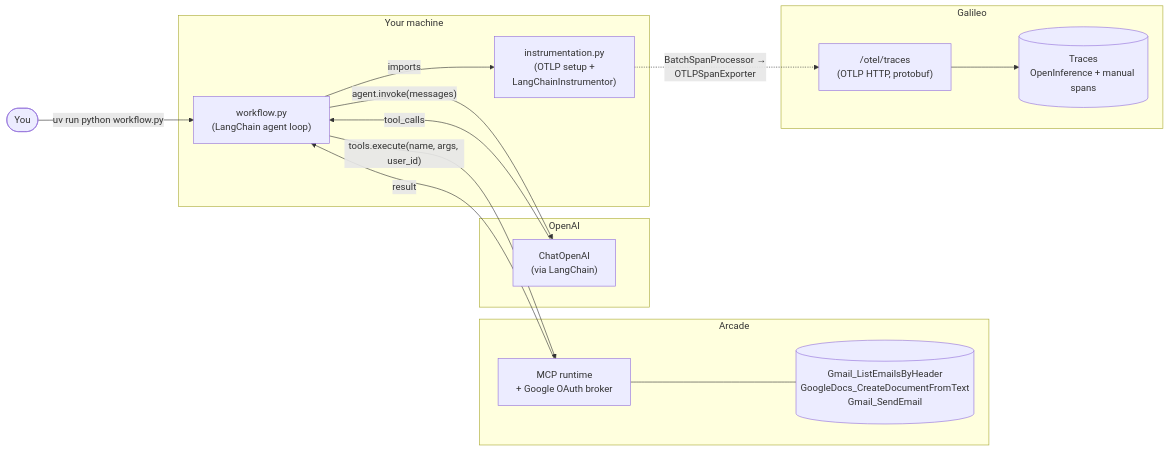
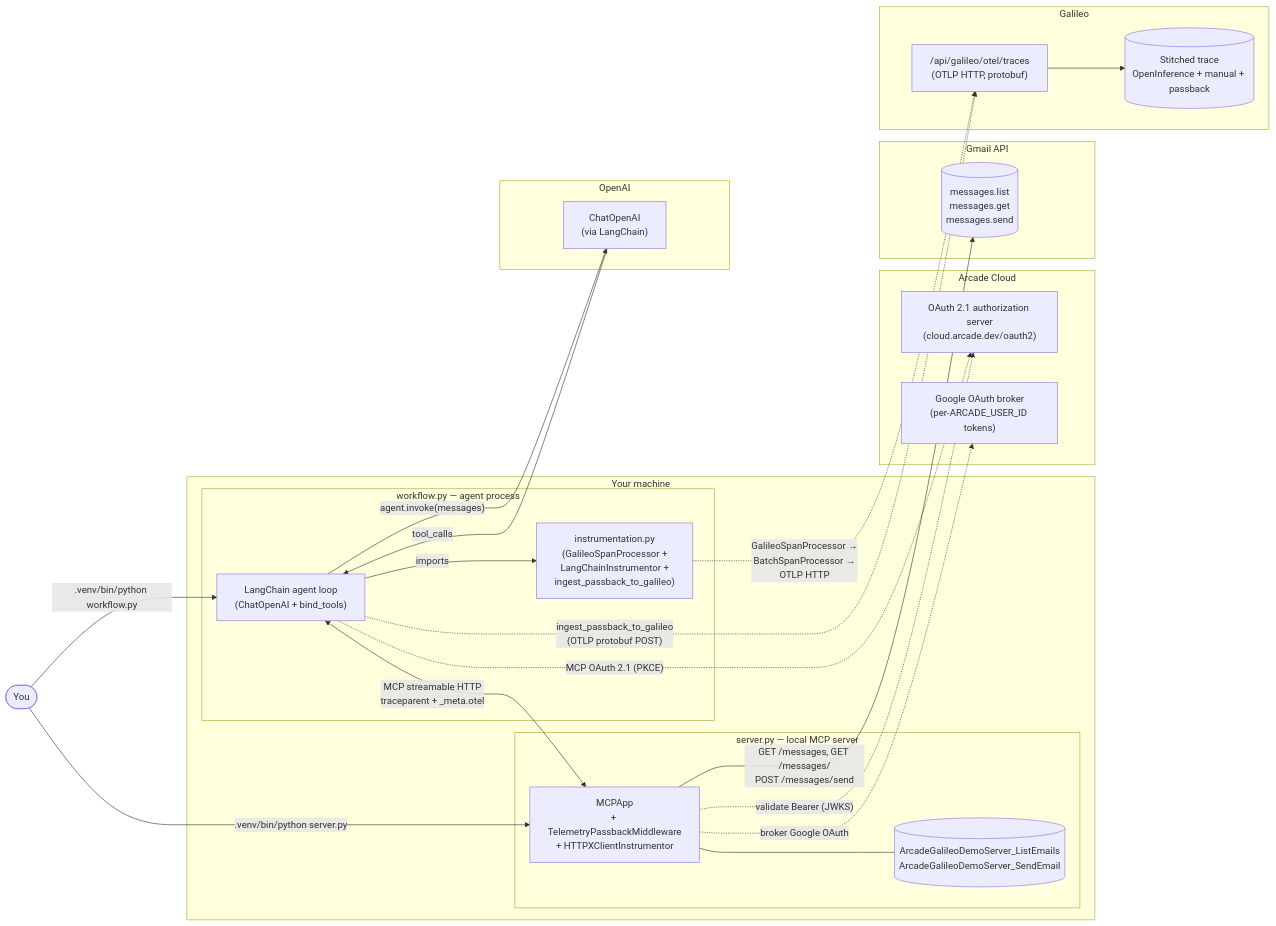
The diagram in docs/architecture.md (robinliubin/arcade_galileo_demo), drawn with Mermaid before and after one commit. The commit also changed other lines of this file and 12 other files, not shown here.

````diff
--- a/docs/architecture.md
+++ b/docs/architecture.md
@@ -9,33 +9,51 @@
 ```mermaid
 flowchart LR
     user([You])
 
     subgraph local [Your machine]
-        wf["workflow.py<br/>(LangChain agent loop)"]
-        ins["instrumentation.py<br/>(OTLP setup +<br/>LangChainInstrumentor)"]
-        wf -- imports --> ins
+        subgraph procA [workflow.py — agent process]
+            wf["LangChain agent loop<br/>(ChatOpenAI + bind_tools)"]
+            ins["instrumentation.py<br/>(GalileoSpanProcessor +<br/>LangChainInstrumentor +<br/>ingest_passback_to_galileo)"]
+            wf -- imports --> ins
+        end
+        subgraph procB [server.py — local MCP server]
+            srv["MCPApp<br/>+ TelemetryPassbackMiddleware<br/>+ HTTPXClientInstrumentor"]
+            tools[("ArcadeGalileoDemoServer_ListEmails<br/>ArcadeGalileoDemoServer_SendEmail")]
+            srv --- tools
+        end
     end
 
     subgraph llm [OpenAI]
         chat["ChatOpenAI<br/>(via LangChain)"]
     end
 
-    subgraph arcade [Arcade]
-        broker["MCP runtime<br/>+ Google OAuth broker"]
-        tools[("Gmail_ListEmailsByHeader<br/>GoogleDocs_CreateDocumentFromText<br/>Gmail_SendEmail")]
-        broker --- tools
+    subgraph arcade [Arcade Cloud]
+        oauth["OAuth 2.1 authorization server<br/>(cloud.arcade.dev/oauth2)"]
+        gauth["Google OAuth broker<br/>(per-ARCADE_USER_ID tokens)"]
+    end
+
+    subgraph gmail [Gmail API]
+        gapi[("messages.list<br/>messages.get<br/>messages.send")]
     end
 
     subgraph galileo [Galileo]
-        otlp["/otel/traces<br/>(OTLP HTTP, protobuf)"]
-        traces[("Traces<br/>OpenInference + manual spans")]
+        otlp["/api/galileo/otel/traces<br/>(OTLP HTTP, protobuf)"]
+        traces[("Stitched trace<br/>OpenInference + manual + passback")]
         otlp --> traces
     end
 
-    user -->|"uv run python workflow.py"| wf
+    user -->|".venv/bin/python server.py"| srv
+    user -->|".venv/bin/python workflow.py"| wf
+
     wf -->|"agent.invoke(messages)"| chat
     chat -->|"tool_calls"| wf
-    wf -->|"tools.execute(name, args, user_id)"| broker
-    broker -->|"result"| wf
-    ins -.->|"BatchSpanProcessor →<br/>OTLPSpanExporter"| otlp
+
+    wf <-->|"MCP streamable HTTP<br/>traceparent + _meta.otel"| srv
+    wf -.->|"MCP OAuth 2.1 (PKCE)"| oauth
+    srv -.->|"validate Bearer (JWKS)"| oauth
+    srv -.->|"broker Google OAuth"| gauth
+    srv -->|"GET /messages, GET /messages/<id><br/>POST /messages/send"| gapi
+
+    ins -.->|"GalileoSpanProcessor →<br/>BatchSpanProcessor →<br/>OTLP HTTP"| otlp
+    wf -.->|"ingest_passback_to_galileo<br/>(OTLP protobuf POST)"| otlp
 ```
````
